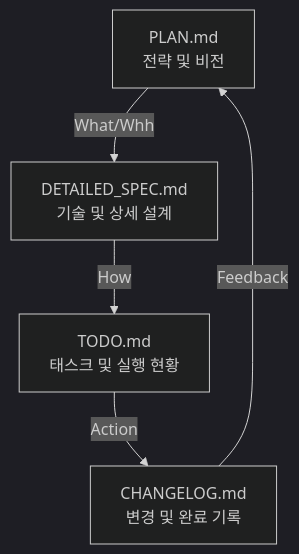
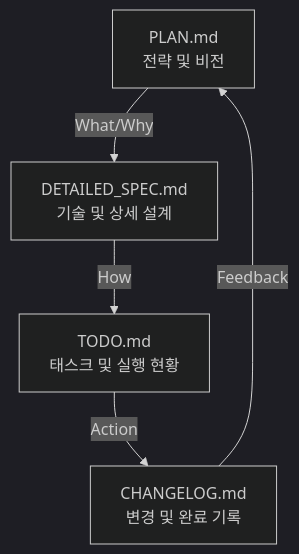
The diagram in docs/Documentation_system.md (KnellBalm/BI-Agent), drawn with Mermaid (dark theme) before and after one commit. The commit also changed other lines of this file and 203 other files, not shown here.

````diff
--- a/docs/Documentation_system.md
+++ b/docs/Documentation_system.md
@@ -11,7 +11,7 @@
 ```mermaid
 graph TD
-    A[PLAN.md<br/>전략 및 비전] -->|What/Whh| B[DETAILED_SPEC.md<br/>기술 및 상세 설계]
+    A[PLAN.md<br/>전략 및 비전] -->|What/Why| B[DETAILED_SPEC.md<br/>기술 및 상세 설계]
     B -->|How| C[TODO.md<br/>태스크 및 실행 현황]
     C -->|Action| D[CHANGELOG.md<br/>변경 및 완료 기록]
     D -->|Feedback| A
 ```
````
